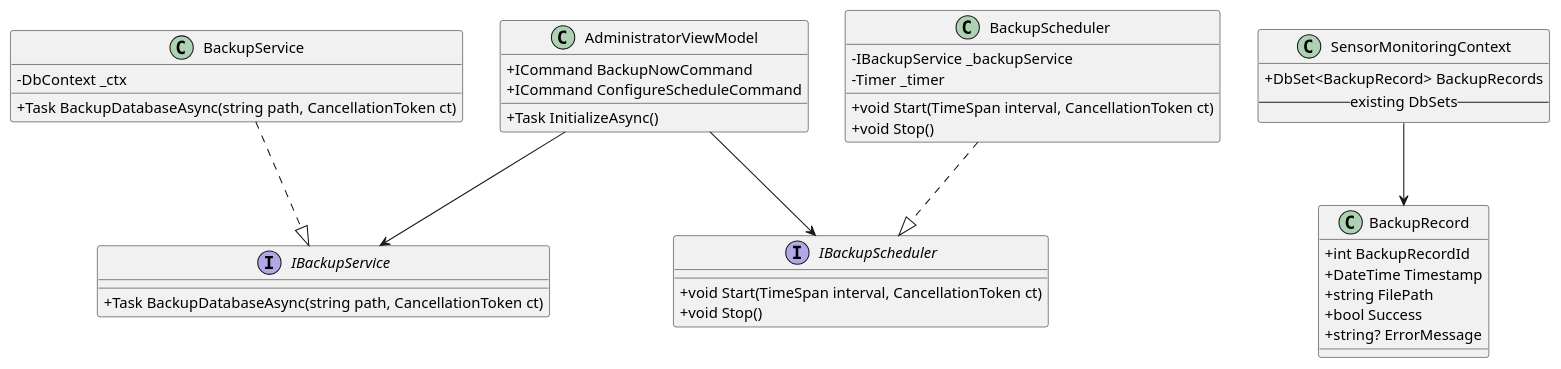
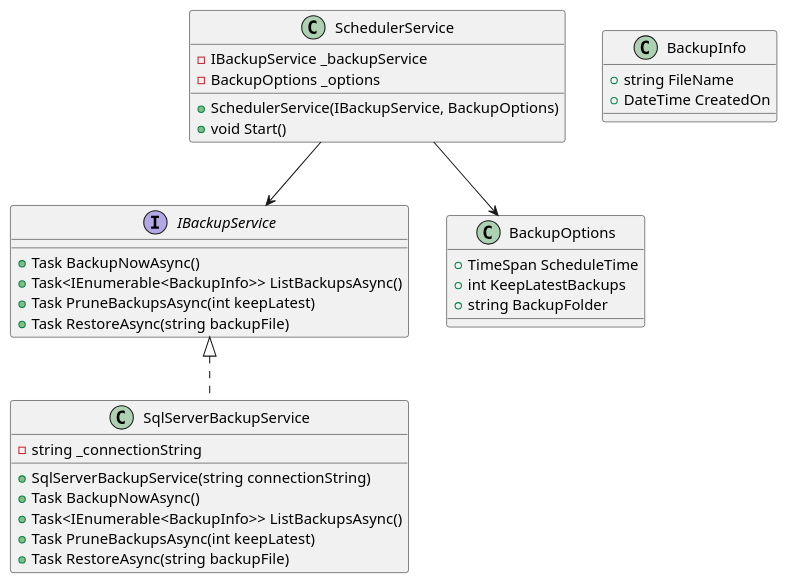
One commit to Alex180504/SET09102_2024-5 changed the diagram in SET09102-2024-5/docs/uml/features/data-backup/class_diagram.puml. Above: the diagram before and after it, drawn with PlantUML. The commit also changed 3 other files, not shown here.

Commit message:
Updated UML diagrams for data backup

```diff
--- a/SET09102-2024-5/docs/uml/features/data-backup/class_diagram.puml
+++ b/SET09102-2024-5/docs/uml/features/data-backup/class_diagram.puml
@@ -1,49 +1,40 @@
 @startuml
-skinparam classAttributeIconSize 0
-
-class AdministratorViewModel {
-  +ICommand BackupNowCommand
-  +ICommand ConfigureScheduleCommand
-  +Task InitializeAsync()
+interface IBackupService {
+  +Task BackupNowAsync()
+  +Task<IEnumerable<BackupInfo>> ListBackupsAsync()
+  +Task PruneBackupsAsync(int keepLatest)
+  +Task RestoreAsync(string backupFile)
 }
 
-interface IBackupService {
-  +Task BackupDatabaseAsync(string path, CancellationToken ct)
+class SqlServerBackupService {
+  -string _connectionString
+  +SqlServerBackupService(string connectionString)
+  +Task BackupNowAsync()
+  +Task<IEnumerable<BackupInfo>> ListBackupsAsync()
+  +Task PruneBackupsAsync(int keepLatest)
+  +Task RestoreAsync(string backupFile)
 }
 
-class BackupService {
-  -DbContext _ctx
-  +Task BackupDatabaseAsync(string path, CancellationToken ct)
+class BackupOptions {
+  +TimeSpan ScheduleTime
+  +int KeepLatestBackups
+  +string BackupFolder
 }
 
-interface IBackupScheduler {
-  +void Start(TimeSpan interval, CancellationToken ct)
-  +void Stop()
+class SchedulerService {
+  -IBackupService _backupService
+  -BackupOptions _options
+  +SchedulerService(IBackupService, BackupOptions)
+  +void Start()
 }
 
-class BackupScheduler {
-  -IBackupService _backupService
-  -Timer _timer
-  +void Start(TimeSpan interval, CancellationToken ct)
-  +void Stop()
+class BackupInfo {
+  +string FileName
+  +DateTime CreatedOn
 }
 
-class BackupRecord {
-  +int BackupRecordId
-  +DateTime Timestamp
-  +string FilePath
-  +bool Success
-  +string? ErrorMessage
-}
+IBackupService <|.. SqlServerBackupService
+SchedulerService --> IBackupService
+SchedulerService --> BackupOptions
 
-class SensorMonitoringContext {
-  +DbSet<BackupRecord> BackupRecords
-  -- existing DbSets --
-}
-
-AdministratorViewModel --> IBackupService
-AdministratorViewModel --> IBackupScheduler
-BackupService ..|> IBackupService
-BackupScheduler ..|> IBackupScheduler
-SensorMonitoringContext --> BackupRecord
 @enduml
```
